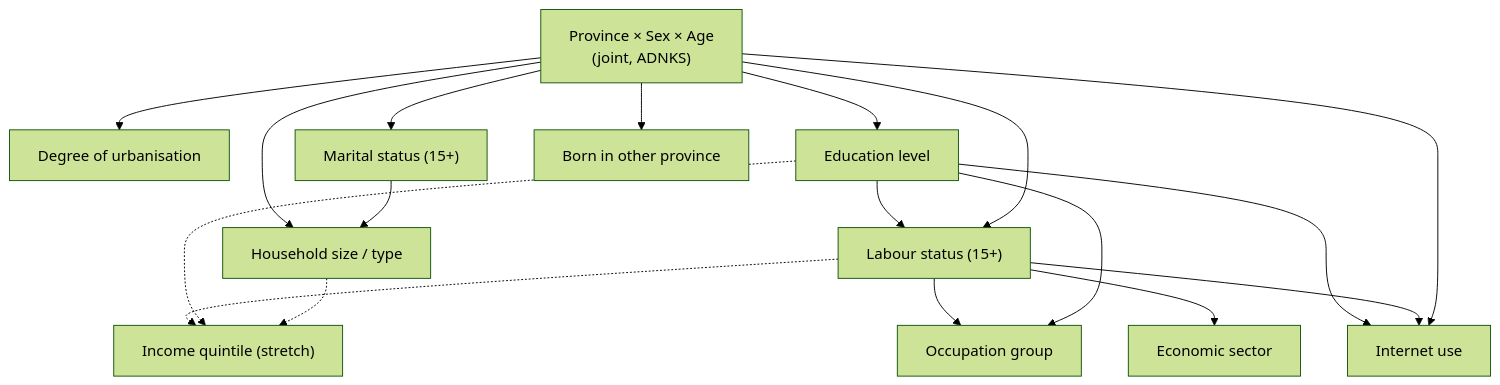
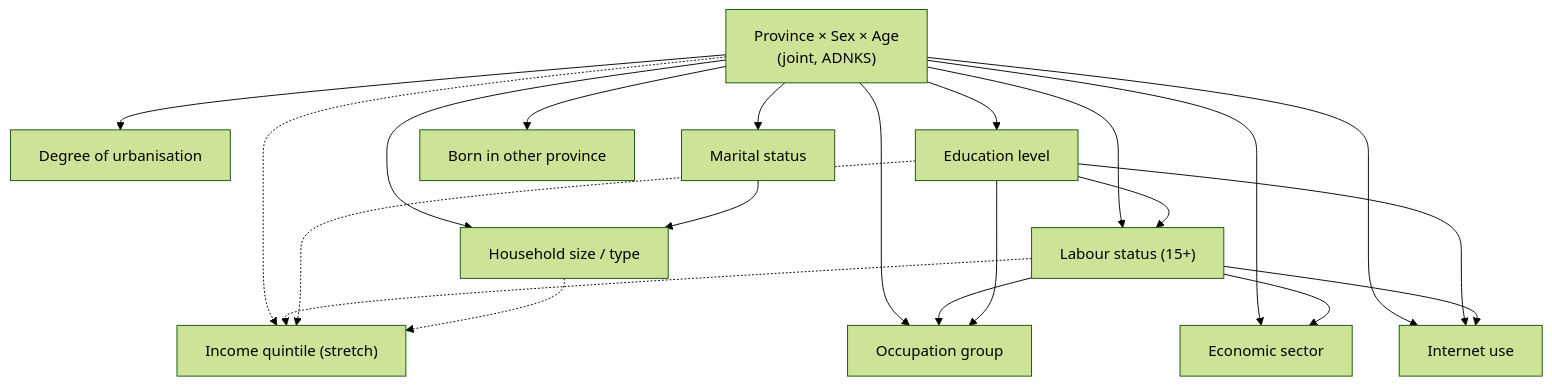
The diagram in docs/persona-schema.md (Samotic/AI-powered-digital-society-twin), drawn with Mermaid (forest theme) before and after one commit. The commit also changed other lines of this file and 12 other files, not shown here.

First line of the commit message:
docs: refine SocietyTwin v2 architecture and scale assumptions

````diff
--- a/docs/persona-schema.md
+++ b/docs/persona-schema.md
@@ -71,32 +109,35 @@
 ```mermaid
 flowchart TD
     R["Province × Sex × Age<br/>(joint, ADNKS)"]
     U["Degree of urbanisation"]
-    M["Marital status (15+)"]
+    M["Marital status"]
     E["Education level"]
     L["Labour status (15+)"]
     O["Occupation group"]
     N["Economic sector"]
     H["Household size / type"]
     I["Internet use"]
     B["Born in other province"]
     Q["Income quintile (stretch)"]
 
     R --> U
     R --> M
     R --> E
     R --> B
     R --> H
     M --> H
+    R --> L
     E --> L
-    R --> L
+    R --> O
     L --> O
     E --> O
+    R --> N
     L --> N
+    R --> I
     E --> I
     L --> I
-    R --> I
+    R -.-> Q
     L -.-> Q
     E -.-> Q
     H -.-> Q
 ```
````
